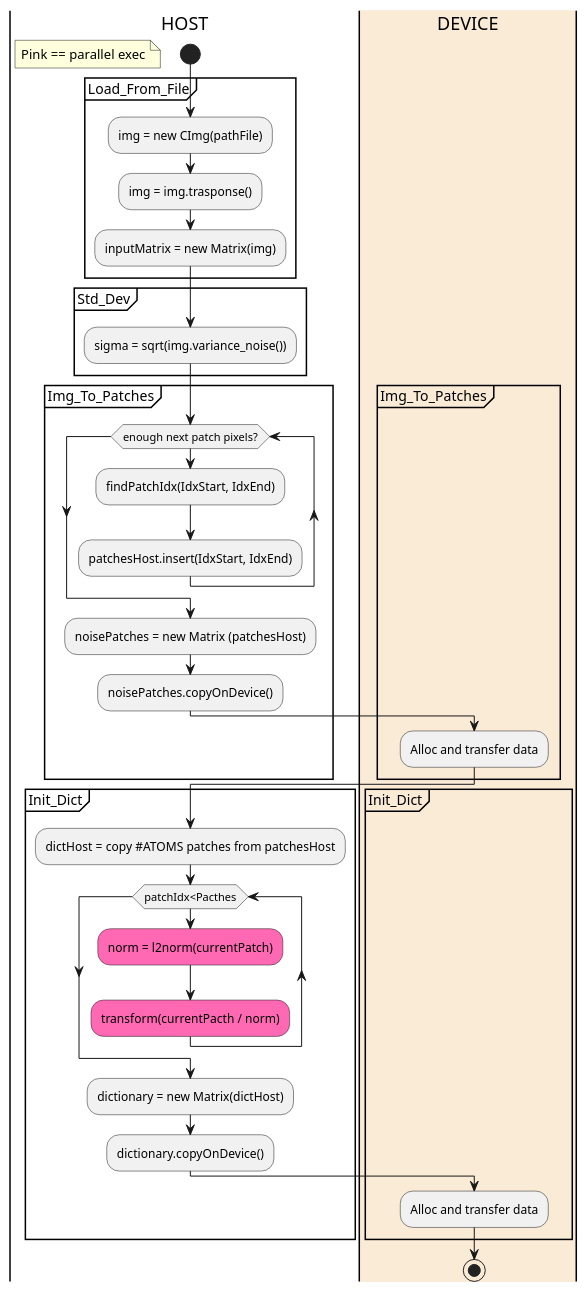
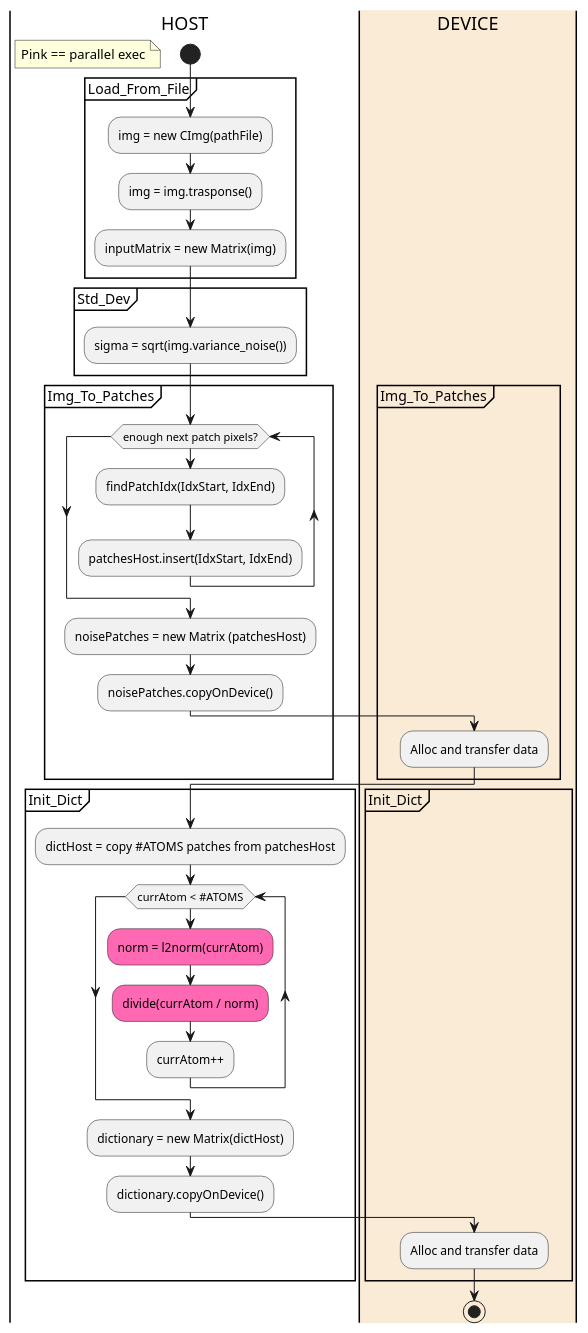
One commit to newfla/CUDA-K-SVD-Denoising changed the diagram in uml/src/InitializationDiagram.puml. Above: the diagram before and after it, drawn with PlantUML. The commit also changed 19 other files, not shown here.

```diff
--- a/uml/src/InitializationDiagram.puml
+++ b/uml/src/InitializationDiagram.puml
@@ -1,40 +1,41 @@
 @startuml InitializationDiagram
 |HOST|
 start
 floating note: Pink == parallel exec
 
 partition Load_From_File {
     :img = new CImg(pathFile);
     :img = img.trasponse();
     :inputMatrix = new Matrix(img); 
 }
 
 partition Std_Dev {
     :sigma = sqrt(img.variance_noise());
 }
 partition Img_To_Patches {
     while (enough next patch pixels?)
         :findPatchIdx(IdxStart, IdxEnd);
         :patchesHost.insert(IdxStart, IdxEnd);
     endwhile
     :noisePatches = new Matrix (patchesHost);
     :noisePatches.copyOnDevice();
     |#AntiqueWhite|DEVICE|
     :Alloc and transfer data;
 }
 
 partition Init_Dict {
     |HOST|
     :dictHost = copy #ATOMS patches from patchesHost;
-    while (patchIdx<Pacthes)
-            #HotPink:norm = l2norm(currentPatch);
-            #HotPink:transform(currentPacth / norm);
+    while (currAtom < #ATOMS)
+            #HotPink:norm = l2norm(currAtom);
+            #HotPink:divide(currAtom / norm);
+            :currAtom++;
     endwhile
     :dictionary = new Matrix(dictHost);
     :dictionary.copyOnDevice();
     |#AntiqueWhite|DEVICE|
     :Alloc and transfer data;
 }
 stop
 
 @enduml
```
